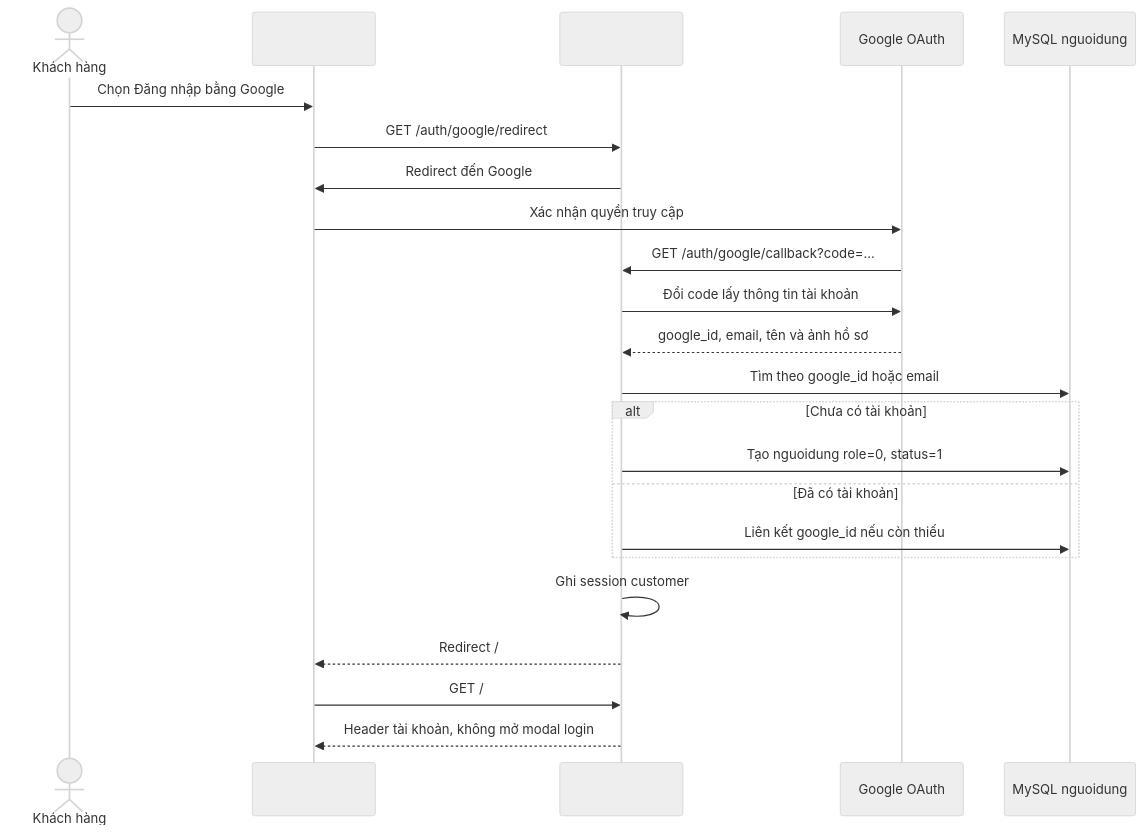
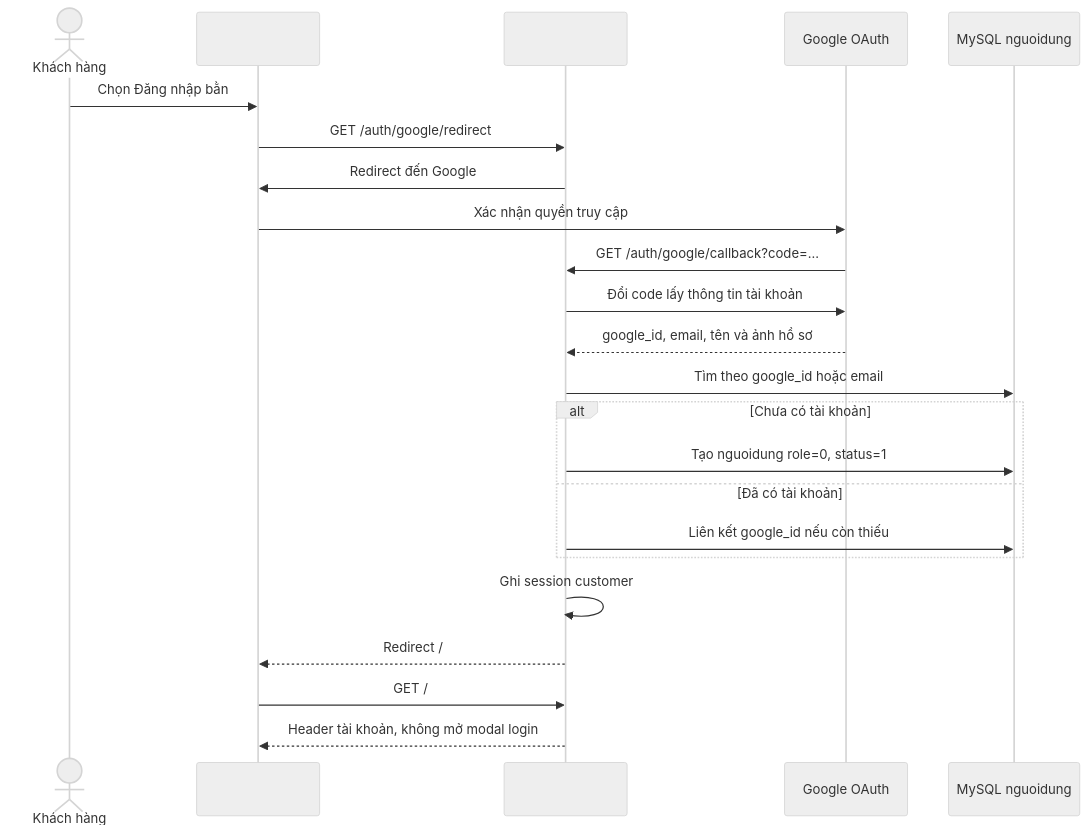
One commit to ThuanDepzai03/DuAnTotNghiep changed the third of 4 diagrams in README.md. Above: the diagram before and after it, drawn with Mermaid (neutral theme).

Commit message:
sửa sản phẩm

````diff
--- a/README.md
+++ b/README.md
@@ -715,26 +715,26 @@
 ```mermaid
 sequenceDiagram
         actor Customer as Khách hàng
         participant Browser as 
         participant Laravel as
         participant Google as Google OAuth
         participant DB as MySQL nguoidung
 
-        Customer->>Browser: Chọn Đăng nhập bằng Google
+        Customer->>Browser: Chọn Đăng nhập bằn
         Browser->>Laravel: GET /auth/google/redirect
         Laravel->>Browser: Redirect đến Google
         Browser->>Google: Xác nhận quyền truy cập
         Google->>Laravel: GET /auth/google/callback?code=...
         Laravel->>Google: Đổi code lấy thông tin tài khoản
         Google-->>Laravel: google_id, email, tên và ảnh hồ sơ
         Laravel->>DB: Tìm theo google_id hoặc email
         alt Chưa có tài khoản
                 Laravel->>DB: Tạo nguoidung role=0, status=1
         else Đã có tài khoản
                 Laravel->>DB: Liên kết google_id nếu còn thiếu
         end
         Laravel->>Laravel: Ghi session customer
         Laravel-->>Browser: Redirect /
         Browser->>Laravel: GET /
         Laravel-->>Browser: Header tài khoản, không mở modal login
 ```
````
